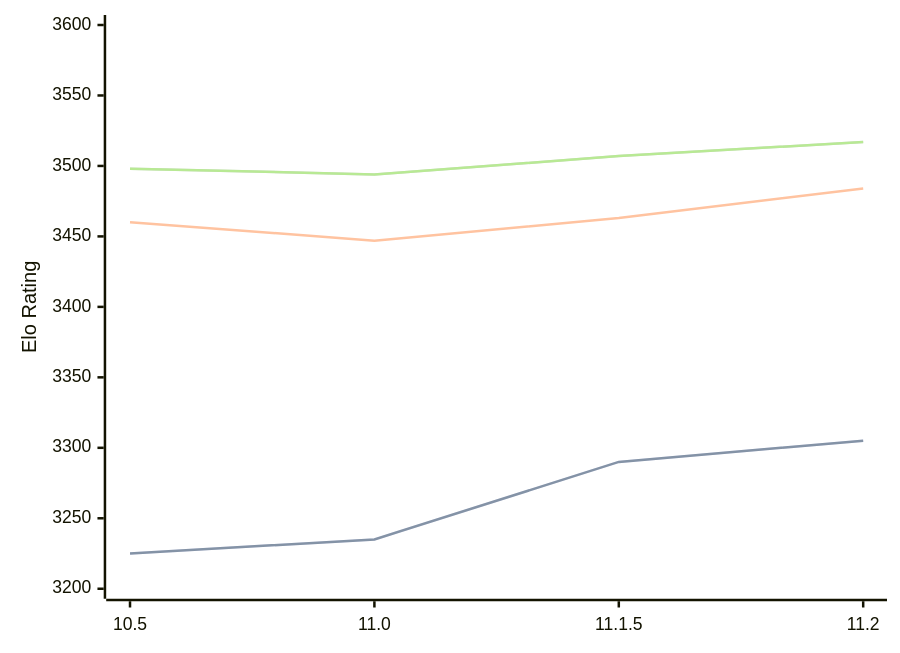
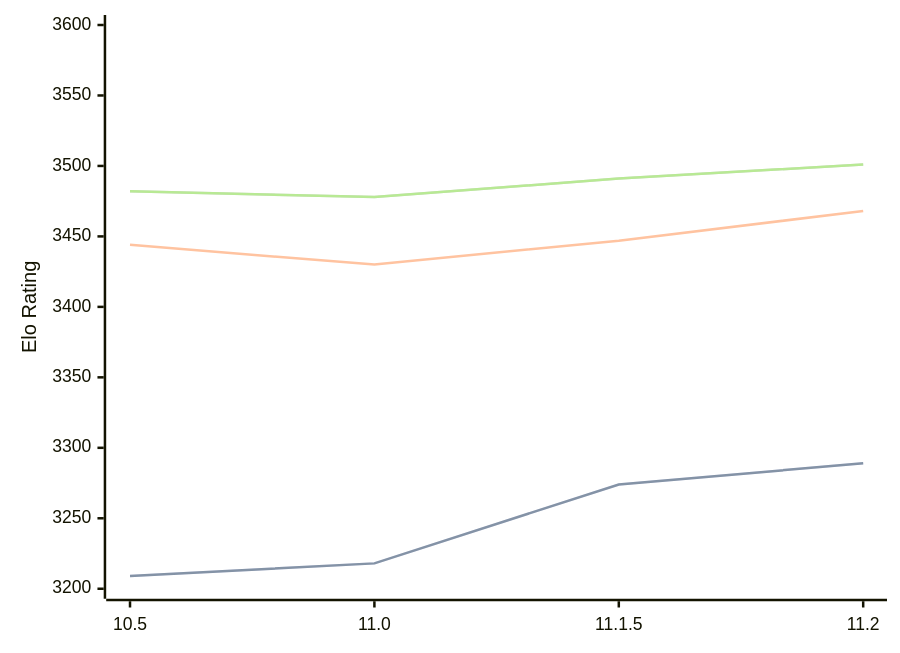
The diagram in engines/Lizard.md (computer-chess-index/cci), drawn with Mermaid before and after one commit. The commit also changed other lines of this file, not shown here.

Commit message:
Update CCI Ratings (ELO VLTC) - 2026-05-20

````diff
--- a/engines/Lizard.md
+++ b/engines/Lizard.md
@@ -46,11 +46,11 @@
 ```mermaid
 %%{init: {"theme":"base","themeVariables":{"seriesColors:['#a3a3a3','#222221','#faa371']}}}%%
 xychart-beta
   x-axis ["10.5", "11.0", "11.1.5", "11.2"]
   y-axis "Elo Rating" 3200 --> 3600
-  line "STC (8.0+0.08s)" [3225, 3235, 3290, 3305]
-  line "STC (8.0+0.08s)" [3225, 3235, 3290, 3305]
-  line "LTC (60.0+0.60s)" [3460, 3447, 3463, 3484]
-  line "VLTC (2m24s+1.12s)" [3498, 3494, 3507, 3517]
-  line "VLTC (2m24s+1.12s)" [3498, 3494, 3507, 3517]
+  line "STC (8.0+0.08s)" [3209, 3218, 3274, 3289]
+  line "STC (8.0+0.08s)" [3209, 3218, 3274, 3289]
+  line "LTC (60.0+0.60s)" [3444, 3430, 3447, 3468]
+  line "VLTC (2m24s+1.12s)" [3482, 3478, 3491, 3501]
+  line "VLTC (2m24s+1.12s)" [3482, 3478, 3491, 3501]
 ```
````
